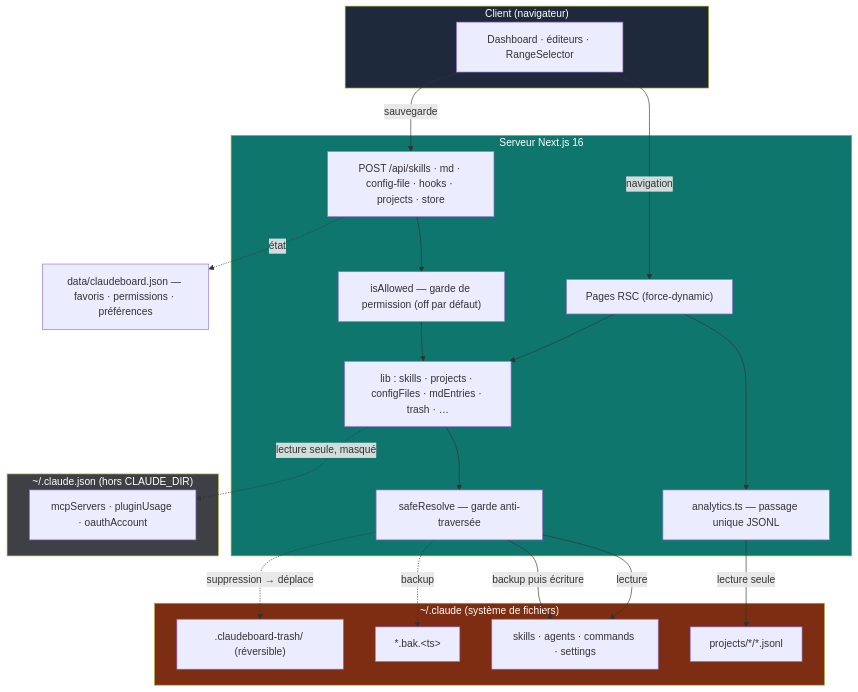
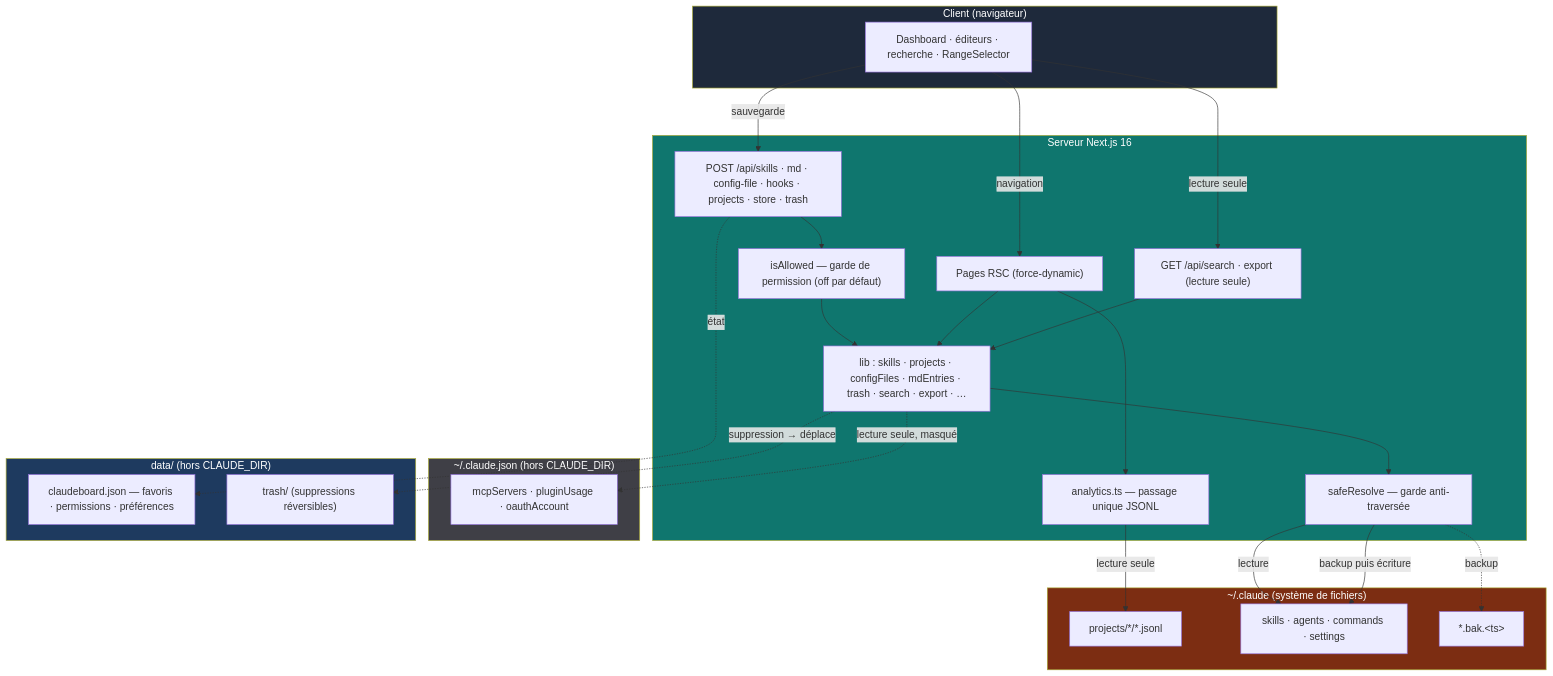
One commit to maximebgd/claudeboard changed the diagram in README.fr.md. Above: the diagram before and after it, drawn with Mermaid. The commit also changed other lines of this file and 1 other file, not shown here.

Commit message:
feat(docs): enhance README with full-text search, export features, and bilingual UI details

````diff
--- a/README.fr.md
+++ b/README.fr.md
@@ -123,44 +134,50 @@
 ```mermaid
 flowchart TD
     subgraph CLIENT["Client (navigateur)"]
-      UI["Dashboard · éditeurs · RangeSelector"]
+      UI["Dashboard · éditeurs · recherche · RangeSelector"]
     end
     subgraph SERVER["Serveur Next.js 16"]
       PAGES["Pages RSC (force-dynamic)"]
-      API["POST /api/skills · md · config-file · hooks · projects · store"]
+      API["POST /api/skills · md · config-file · hooks · projects · store · trash"]
+      RO["GET /api/search · export (lecture seule)"]
       PERM["isAllowed — garde de permission (off par défaut)"]
       ANALYTICS["analytics.ts — passage unique JSONL"]
-      LIB["lib : skills · projects · configFiles · mdEntries · trash · …"]
+      LIB["lib : skills · projects · configFiles · mdEntries · trash · search · export · …"]
       GUARD["safeResolve — garde anti-traversée"]
     end
     subgraph FS["~/.claude (système de fichiers)"]
       TRANSCRIPTS["projects/*/*.jsonl"]
       SKILLS["skills · agents · commands · settings"]
       BAK["*.bak.&lt;ts&gt;"]
-      TRASH[".claudeboard-trash/ (réversible)"]
     end
     subgraph EXT["~/.claude.json (hors CLAUDE_DIR)"]
       MCP["mcpServers · pluginUsage · oauthAccount"]
     end
-    STORE["data/claudeboard.json — favoris · permissions · préférences"]
+    subgraph DATA["data/ (hors CLAUDE_DIR)"]
+      STORE["claudeboard.json — favoris · permissions · préférences"]
+      TRASH["trash/ (suppressions réversibles)"]
+    end
 
     UI -->|navigation| PAGES
     UI -->|sauvegarde| API
+    UI -->|lecture seule| RO
     API --> PERM
     PERM --> LIB
     PAGES --> ANALYTICS
     PAGES --> LIB
+    RO --> LIB
     API -.->|état| STORE
     ANALYTICS -->|lecture seule| TRANSCRIPTS
     LIB --> GUARD
     GUARD -->|lecture| SKILLS
     GUARD -->|backup puis écriture| SKILLS
     GUARD -.->|backup| BAK
-    GUARD -.->|suppression → déplace| TRASH
+    LIB -.->|suppression → déplace| TRASH
     LIB -.->|lecture seule, masqué| MCP
 
     style CLIENT fill:#1e293b,color:#fff
     style SERVER fill:#0f766e,color:#fff
     style FS fill:#7c2d12,color:#fff
     style EXT fill:#3f3f46,color:#fff
+    style DATA fill:#1e3a5f,color:#fff
 ```
````
